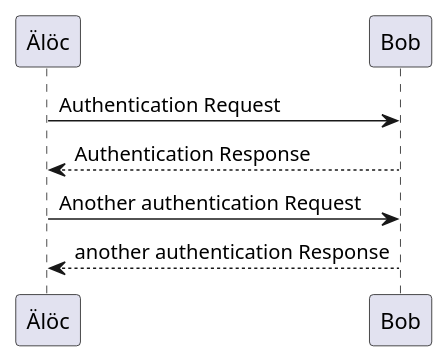
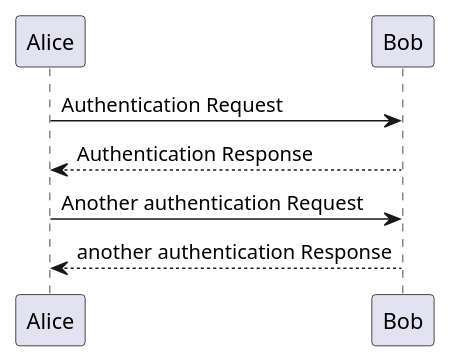
One commit to abhishektiwari/markdown-to-arxiv changed the first of 3 diagrams in paper/article.md. Above: the diagram before and after it, drawn with PlantUML. The commit also changed other lines of this file and 16 other files, not shown here.

````diff
--- a/paper/article.md
+++ b/paper/article.md
@@ -55,7 +59,7 @@
 ```plantuml
-Älöc -> Bob: Authentication Request
-Bob --> Älöc: Authentication Response
+Alice -> Bob: Authentication Request
+Bob --> Alice: Authentication Response
 
-Älöc -> Bob: Another authentication Request
-Älöc <-- Bob: another authentication Response
+Alice -> Bob: Another authentication Request
+Alice <-- Bob: another authentication Response
 ```
````
